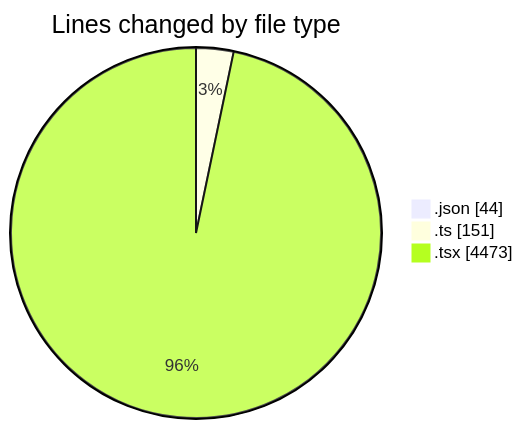
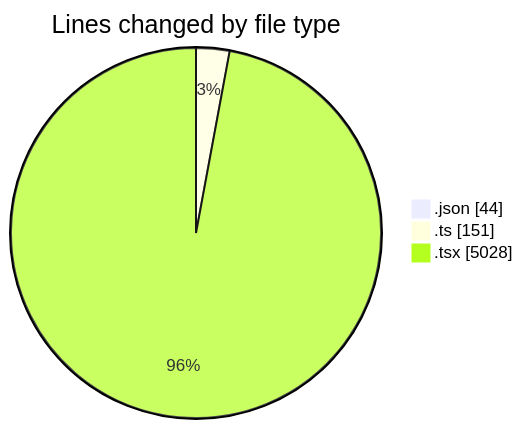
One commit to julien-gomy/code-tracking changed the first of 2 diagrams in 2025-10-24/eventscop-frontend-guide__workspace_/README.md. Above: the diagram before and after it, drawn with Mermaid. The commit also changed other lines of this file and 1 other file, not shown here.

````diff
--- a/2025-10-24/eventscop-frontend-guide__workspace_/README.md
+++ b/2025-10-24/eventscop-frontend-guide__workspace_/README.md
@@ -36,7 +36,7 @@
 ```mermaid
 pie showData
 title Lines changed by file type
 ".json" : 44
 ".ts" : 151
-".tsx" : 4473
+".tsx" : 5028
 ```
````
